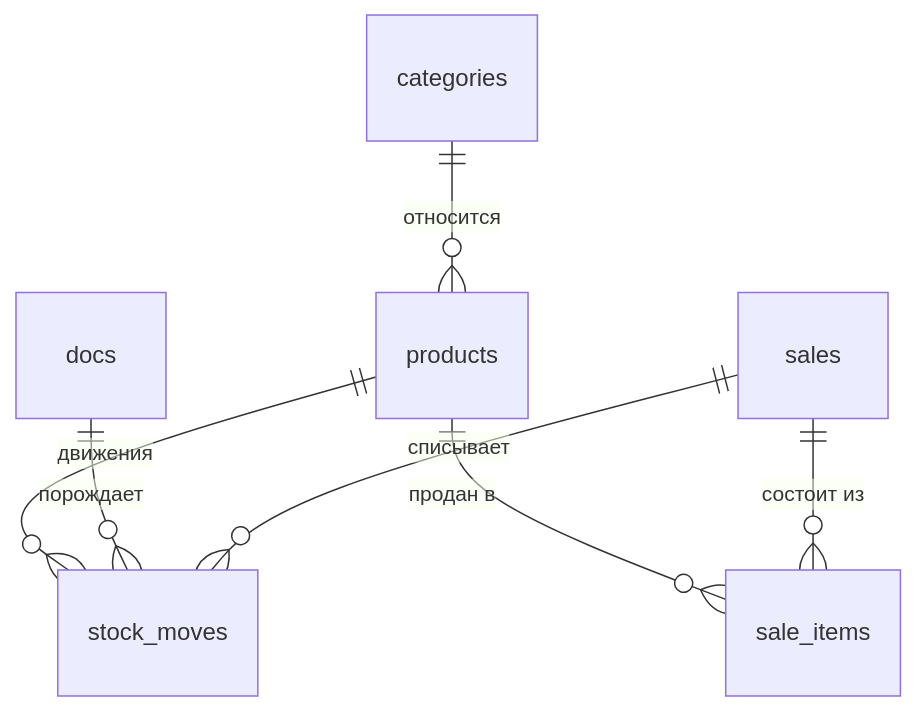
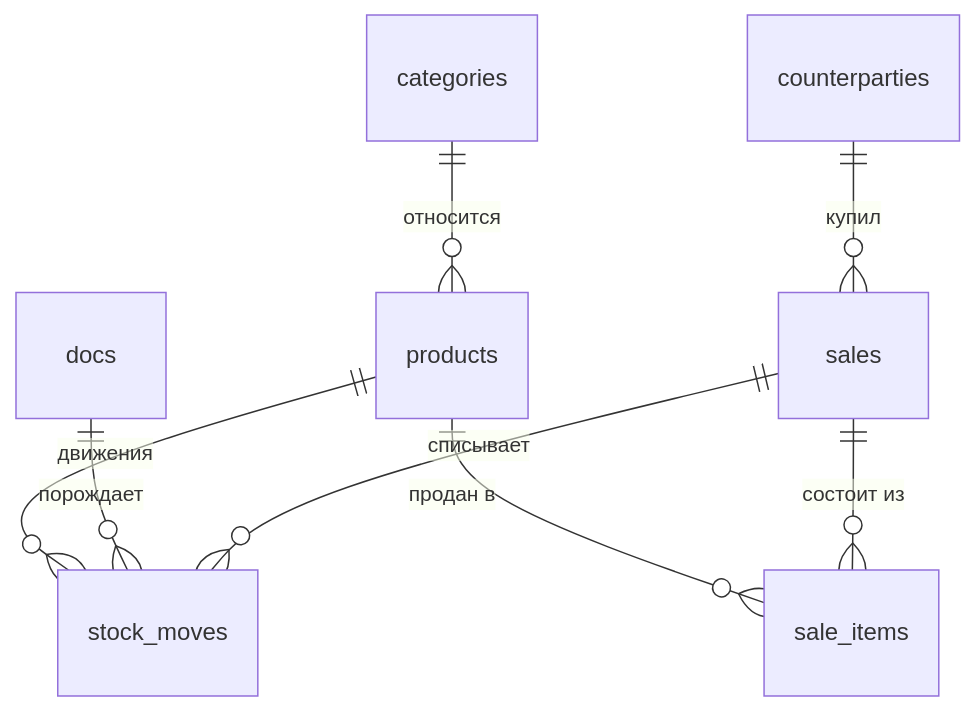
The diagram in warehouse/README.md (bazgen89-netizen/Yea-bot-), drawn with Mermaid before and after one commit. The commit also changed other lines of this file and 16 other files, not shown here.

````diff
--- a/warehouse/README.md
+++ b/warehouse/README.md
@@ -202,9 +211,10 @@
 ```mermaid
 erDiagram
     categories  ||--o{ products     : "относится"
     products    ||--o{ stock_moves  : "движения"
     products    ||--o{ sale_items   : "продан в"
     docs        ||--o{ stock_moves  : "порождает"
     sales       ||--o{ sale_items   : "состоит из"
     sales       ||--o{ stock_moves  : "списывает"
+    counterparties ||--o{ sales     : "купил"
 ```
````
